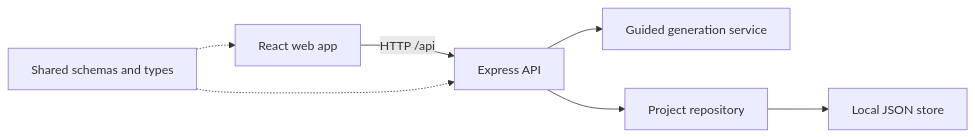
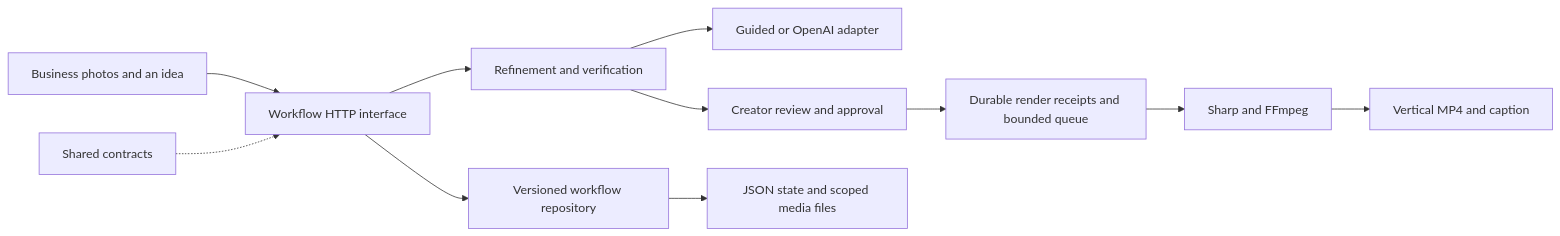
One commit to Emmit3/yap. changed the diagram in docs/architecture.md. Above: the diagram before and after it, drawn with Mermaid. The commit also changed other lines of this file and 20 other files, not shown here.

Commit message:
Connect business photo refinement, approval, and video publishing APIs

````diff
--- a/docs/architecture.md
+++ b/docs/architecture.md
@@ -3,9 +3,13 @@
 ```mermaid
 flowchart LR
-  Browser[React web app] -->|HTTP /api| API[Express API]
-  API --> Generation[Guided generation service]
-  API --> Repository[Project repository]
-  Repository --> Disk[Local JSON store]
-  Contracts[Shared schemas and types] -.-> Browser
-  Contracts -.-> API
+  Inputs[Business photos and an idea] --> API[Workflow HTTP interface]
+  API --> Engine[Refinement and verification]
+  Engine --> Provider[Guided or OpenAI adapter]
+  Engine --> Review[Creator review and approval]
+  Review --> Queue[Durable render receipts and bounded queue]
+  Queue --> Renderer[Sharp and FFmpeg]
+  Renderer --> Output[Vertical MP4 and caption]
+  API --> Store[Versioned workflow repository]
+  Store --> Disk[JSON state and scoped media files]
+  Contracts[Shared contracts] -.-> API
 ```
````
